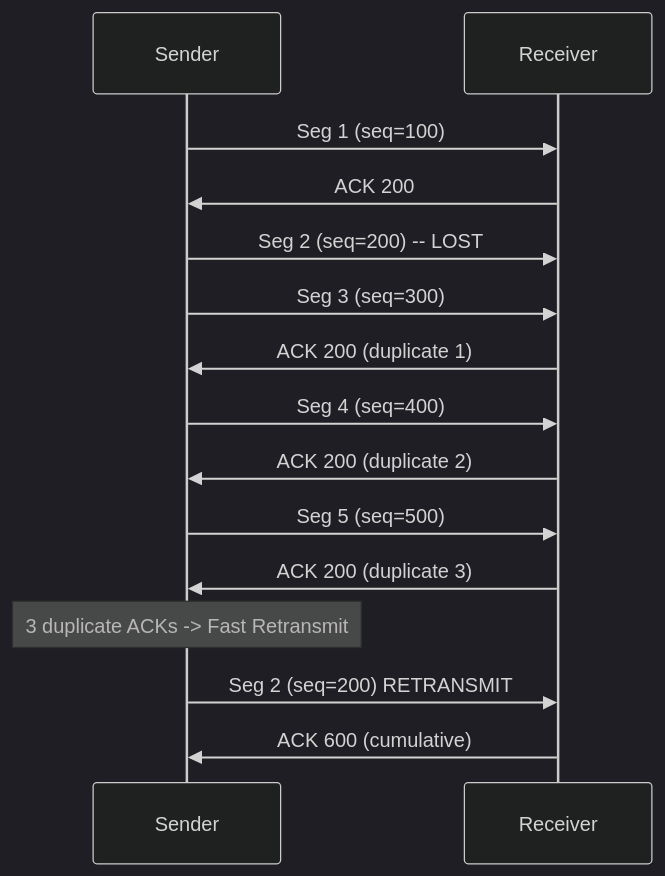
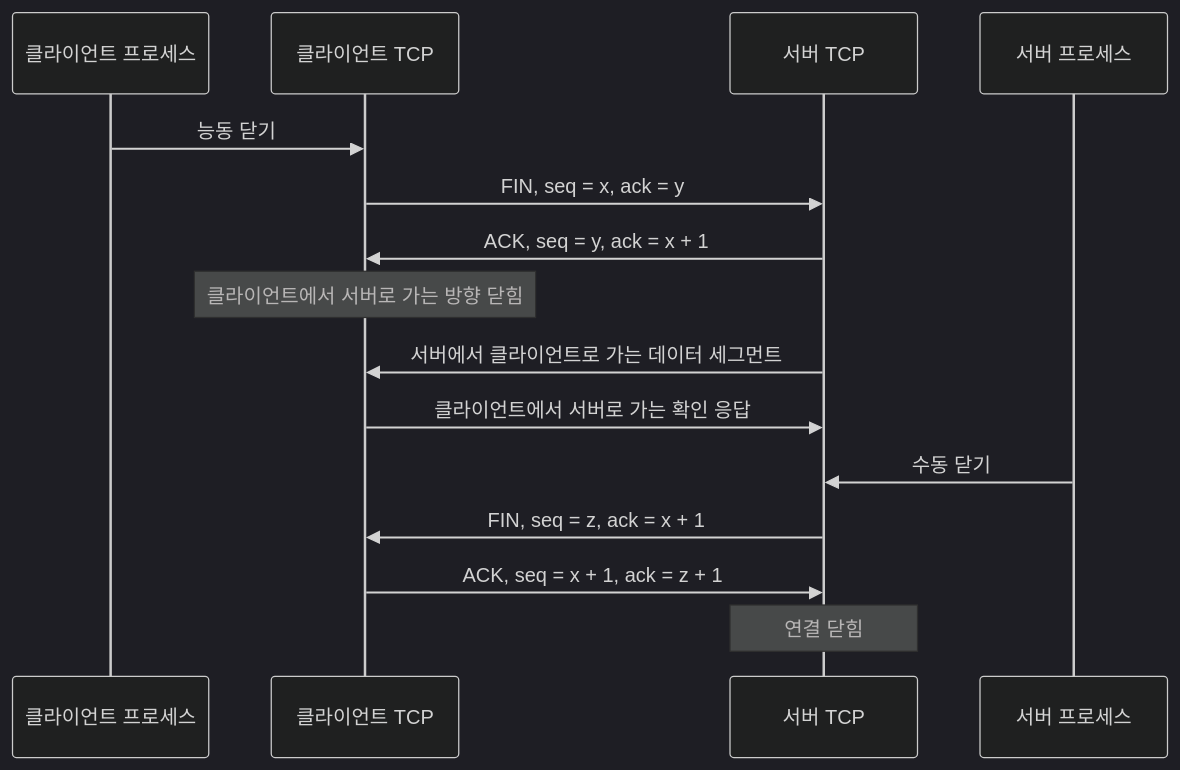
The eighth of 27 diagrams in Lecture-Notes/Ch08_Transmission-Control-Protocol/Concepts_Lecture.ko.md (Choroning/25Spring_Computer-Networks), drawn with Mermaid (dark theme) before and after one commit. The commit also changed other lines of this file and 20 other files, not shown here.

````diff
--- a/Lecture-Notes/Ch08_Transmission-Control-Protocol/Concepts_Lecture.ko.md
+++ b/Lecture-Notes/Ch08_Transmission-Control-Protocol/Concepts_Lecture.ko.md
@@ -364,18 +568,17 @@
 ```mermaid
 sequenceDiagram
-    participant S as Sender
-    participant R as Receiver
-
-    S->>R: Seg 1 (seq=100)
-    R->>S: ACK 200
-    S->>R: Seg 2 (seq=200) -- LOST
-    S->>R: Seg 3 (seq=300)
-    R->>S: ACK 200 (duplicate 1)
-    S->>R: Seg 4 (seq=400)
-    R->>S: ACK 200 (duplicate 2)
-    S->>R: Seg 5 (seq=500)
-    R->>S: ACK 200 (duplicate 3)
-    Note over S: 3 duplicate ACKs -> Fast Retransmit
-    S->>R: Seg 2 (seq=200) RETRANSMIT
-    R->>S: ACK 600 (cumulative)
+    participant CP as 클라이언트 프로세스
+    participant C as 클라이언트 TCP
+    participant S as 서버 TCP
+    participant SP as 서버 프로세스
+    CP->>C: 능동 닫기
+    C->>S: FIN, seq = x, ack = y
+    S->>C: ACK, seq = y, ack = x + 1
+    Note over C: 클라이언트에서 서버로 가는 방향 닫힘
+    S->>C: 서버에서 클라이언트로 가는 데이터 세그먼트
+    C->>S: 클라이언트에서 서버로 가는 확인 응답
+    SP->>S: 수동 닫기
+    S->>C: FIN, seq = z, ack = x + 1
+    C->>S: ACK, seq = x + 1, ack = z + 1
+    Note over S: 연결 닫힘
 ```
````
